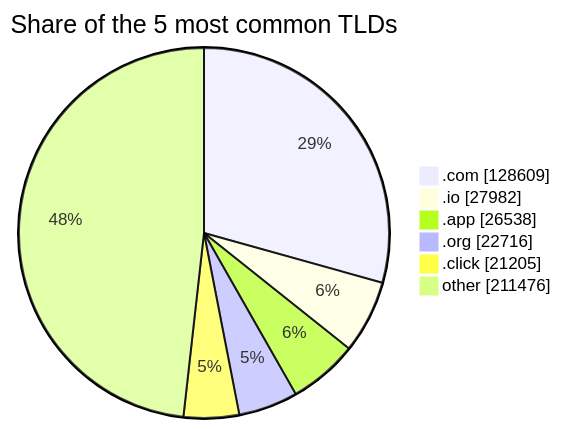
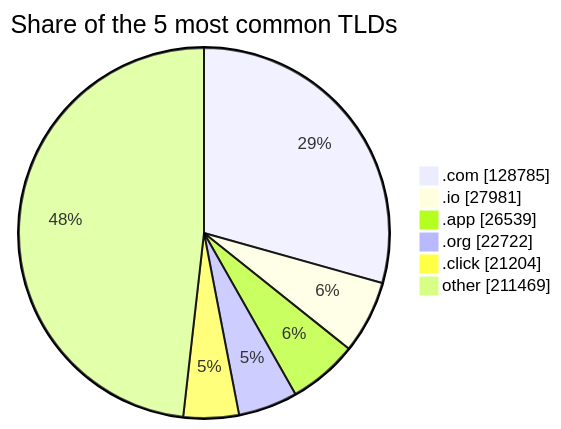
The third of 3 diagrams in README.md (DNSBunker/CTI), drawn with Mermaid before and after one commit. The commit also changed other lines of this file and 3 other files, not shown here.

````diff
--- a/README.md
+++ b/README.md
@@ -81,9 +81,9 @@
 ```mermaid
 pie showData title Share of the 5 most common TLDs
-    ".com" : 128609
-    ".io" : 27982
-    ".app" : 26538
-    ".org" : 22716
-    ".click" : 21205
-    "other" : 211476
+    ".com" : 128785
+    ".io" : 27981
+    ".app" : 26539
+    ".org" : 22722
+    ".click" : 21204
+    "other" : 211469
 ```
````
